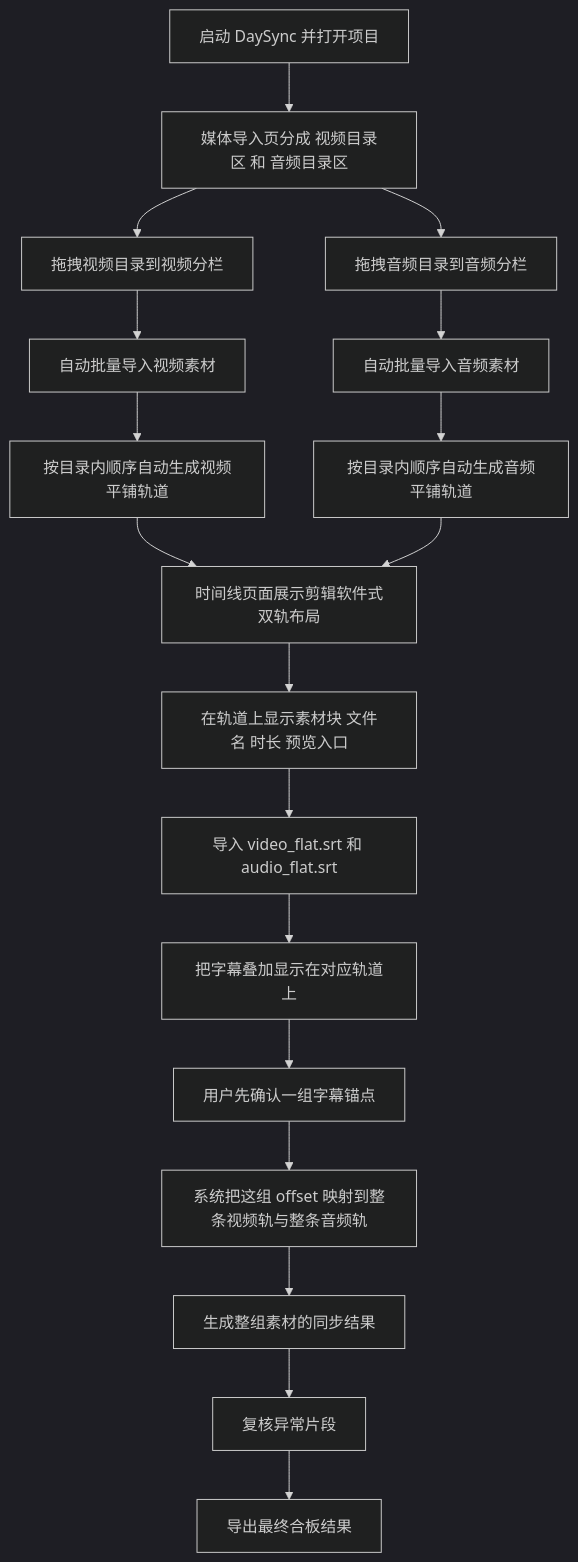
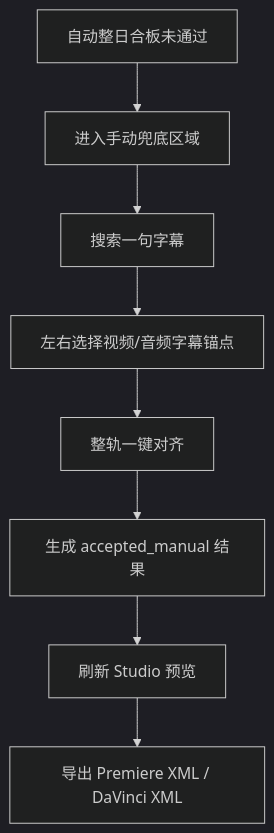
The second of 2 diagrams in doc/DaySync_合板流程图.md (luojiang419/daysync), drawn with Mermaid (dark theme) before and after one commit. The commit also changed other lines of this file and 14 other files, not shown here.

````diff
--- a/doc/DaySync_合板流程图.md
+++ b/doc/DaySync_合板流程图.md
@@ -49,20 +58,10 @@
 ```mermaid
 flowchart TD
-    A[启动 DaySync 并打开项目] --> B[媒体导入页分成 视频目录区 和 音频目录区]
-    B --> C[拖拽视频目录到视频分栏]
-    B --> D[拖拽音频目录到音频分栏]
-    C --> E[自动批量导入视频素材]
-    D --> F[自动批量导入音频素材]
-    E --> G[按目录内顺序自动生成视频平铺轨道]
-    F --> H[按目录内顺序自动生成音频平铺轨道]
-    G --> I[时间线页面展示剪辑软件式双轨布局]
-    H --> I
-    I --> J[在轨道上显示素材块 文件名 时长 预览入口]
-    J --> K[导入 video_flat.srt 和 audio_flat.srt]
-    K --> L[把字幕叠加显示在对应轨道上]
-    L --> M[用户先确认一组字幕锚点]
-    M --> N[系统把这组 offset 映射到整条视频轨与整条音频轨]
-    N --> O[生成整组素材的同步结果]
-    O --> P[复核异常片段]
-    P --> Q[导出最终合板结果]
+    A[自动整日合板未通过] --> B[进入手动兜底区域]
+    B --> C[搜索一句字幕]
+    C --> D[左右选择视频/音频字幕锚点]
+    D --> E[整轨一键对齐]
+    E --> F[生成 accepted_manual 结果]
+    F --> G[刷新 Studio 预览]
+    G --> H[导出 Premiere XML / DaVinci XML]
 ```
````
